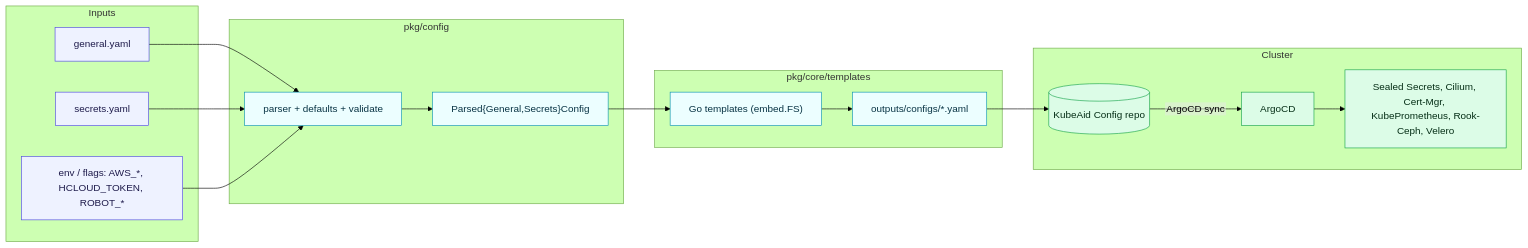
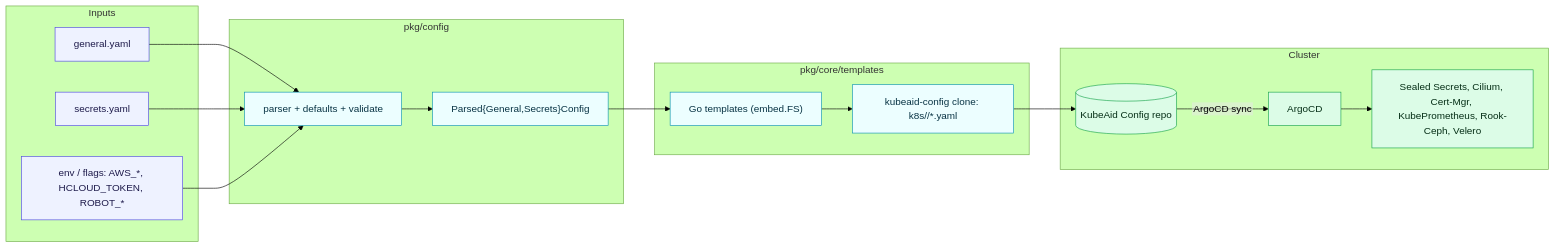
Before and after one commit to Obmondo/kubeaid-cli: the third of 11 diagrams in docs/architecture.md, drawn with Mermaid (forest theme). The commit also changed other lines of this file and 25 other files, not shown here.

````diff
--- a/docs/architecture.md
+++ b/docs/architecture.md
@@ -142,42 +142,42 @@
 ```mermaid
 %%{init: {'flowchart': {'htmlLabels': false}}}%%
 flowchart LR
   subgraph IN["Inputs"]
     gy["general.yaml"]
     sy["secrets.yaml"]
     env["env / flags: AWS_*, HCLOUD_TOKEN, ROBOT_*"]
   end
 
   subgraph PARSE["pkg/config"]
     parser["parser + defaults + validate"]
     psg["Parsed{General,Secrets}Config"]
   end
 
   subgraph RENDER["pkg/core/templates"]
     tpl["Go templates (embed.FS)"]
-    out["outputs/configs/*.yaml"]
+    out["kubeaid-config clone: k8s/<cluster>/*.yaml"]
   end
 
   subgraph DEPLOY["Cluster"]
     repo[("KubeAid Config repo")]
     argo["ArgoCD"]
     addons["Sealed Secrets, Cilium, Cert-Mgr, KubePrometheus, Rook-Ceph, Velero"]
   end
 
   gy --> parser
   sy --> parser
   env --> parser
   parser --> psg
   psg --> tpl
   tpl --> out
   out --> repo
   repo -- "ArgoCD sync" --> argo
   argo --> addons
 
   classDef in fill:#eef2ff,stroke:#4f46e5,color:#1e1b4b;
   classDef mid fill:#ecfeff,stroke:#0891b2,color:#083344;
   classDef out fill:#dcfce7,stroke:#16a34a,color:#052e16;
   class gy,sy,env in;
   class parser,psg,tpl,out mid;
   class repo,argo,addons out;
 ```
````
